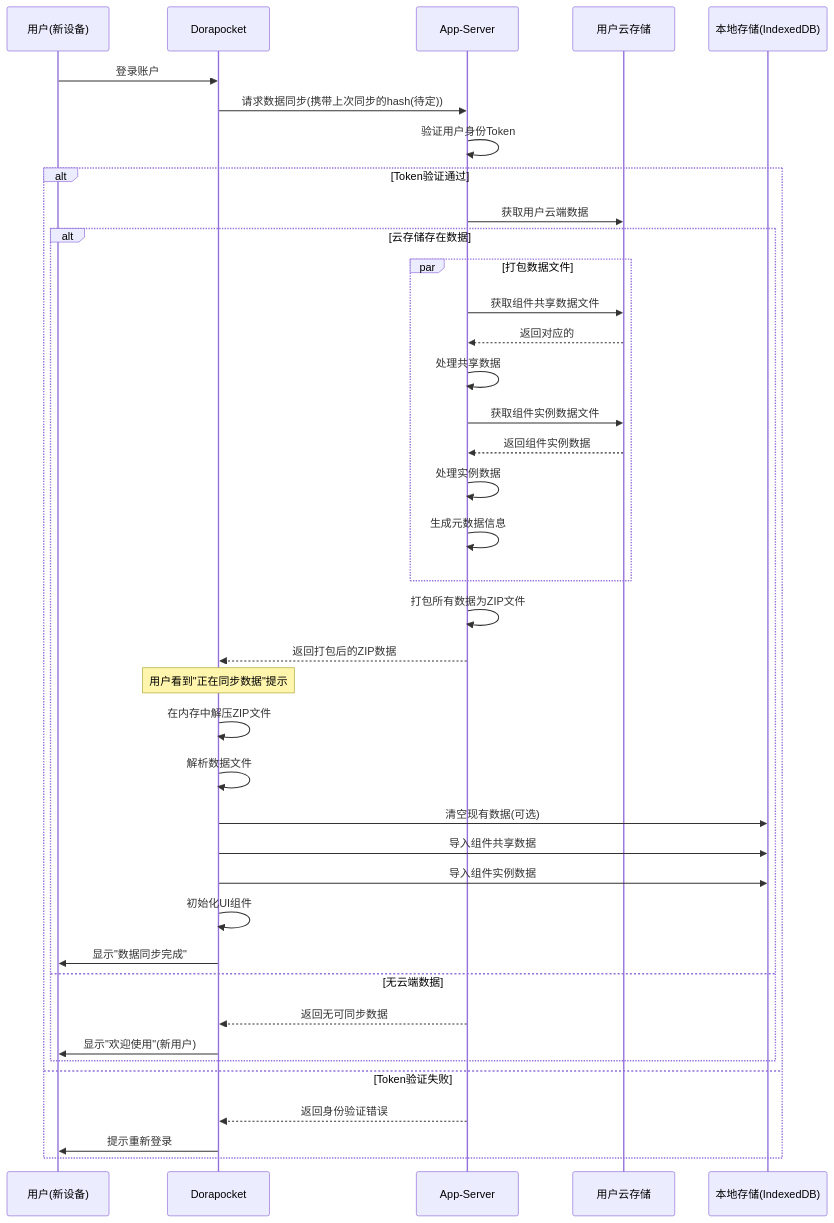
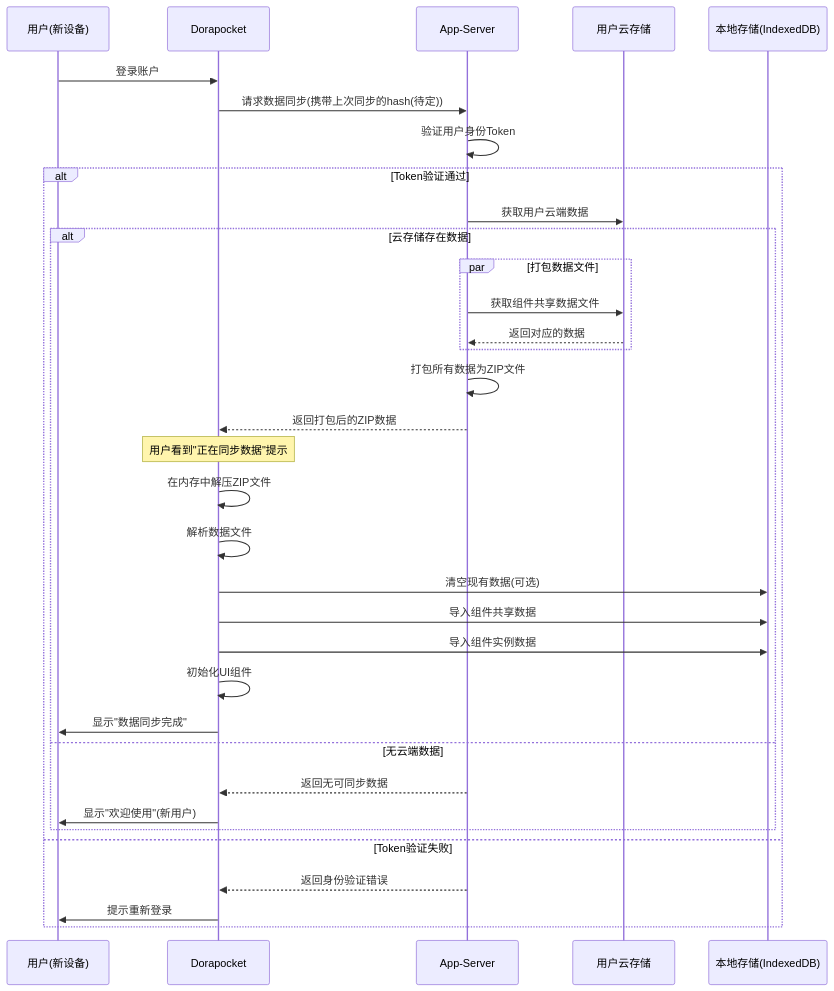
The diagram in all/未命名-38.md (yingjianzh/iodraw-files), drawn with Mermaid before and after one commit.

Commit message:
2025-04-21 13:59:07 update

````diff
--- a/all/未命名-38.md
+++ b/all/未命名-38.md
@@ -1,53 +1,46 @@
 ```mermaid
 sequenceDiagram
     participant User as 用户(新设备)
     participant App as Dorapocket
     participant AppServer as App-Server
     participant UserCloud as 用户云存储
     participant LocalDB as 本地存储(IndexedDB)
     
     User->>App: 登录账户
     
     App->>AppServer: 请求数据同步(携带上次同步的hash(待定))
     AppServer->>AppServer: 验证用户身份Token
     
     alt Token验证通过
         AppServer->>UserCloud: 获取用户云端数据
         
         
         alt 云存储存在数据
             par 打包数据文件
                 AppServer->>UserCloud: 获取组件共享数据文件
-                UserCloud-->>AppServer: 返回对应的
-                AppServer->>AppServer: 处理共享数据
-                
-                AppServer->>UserCloud: 获取组件实例数据文件
-                UserCloud-->>AppServer: 返回组件实例数据
-                AppServer->>AppServer: 处理实例数据
-                
-                AppServer->>AppServer: 生成元数据信息
+                UserCloud-->>AppServer: 返回对应的数据
             end
             
             AppServer->>AppServer: 打包所有数据为ZIP文件
             AppServer-->>App: 返回打包后的ZIP数据
             
             Note over App: 用户看到"正在同步数据"提示
             
             App->>App: 在内存中解压ZIP文件
             App->>App: 解析数据文件
             
             App->>LocalDB: 清空现有数据(可选)
             App->>LocalDB: 导入组件共享数据
             App->>LocalDB: 导入组件实例数据
             
             App->>App: 初始化UI组件
             App->>User: 显示"数据同步完成"
         else 无云端数据
             AppServer-->>App: 返回无可同步数据
             App->>User: 显示"欢迎使用"(新用户)
         end
     else Token验证失败
         AppServer-->>App: 返回身份验证错误
         App->>User: 提示重新登录
     end
 ```
````
